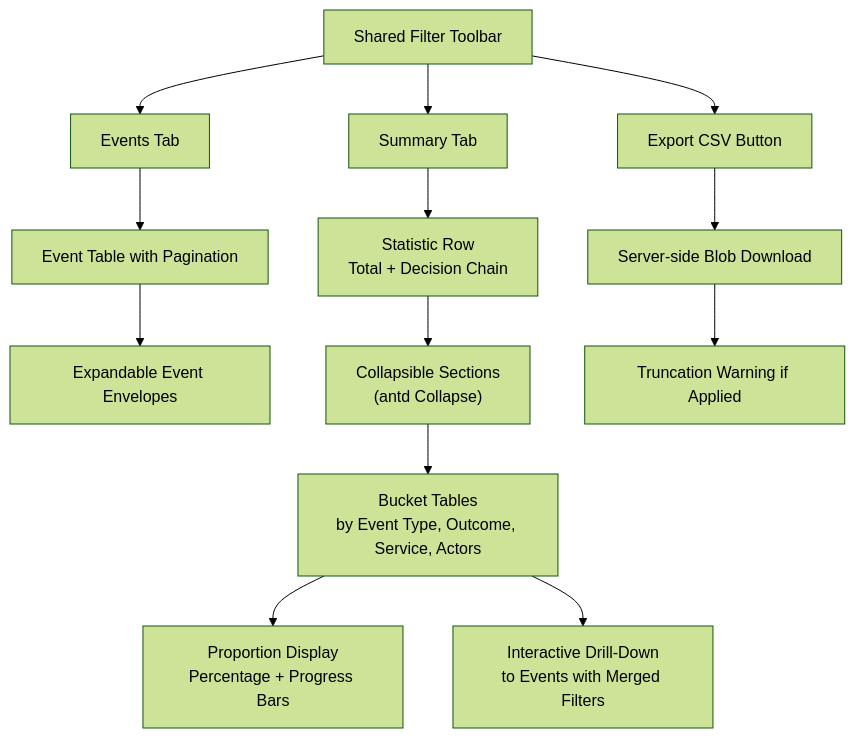
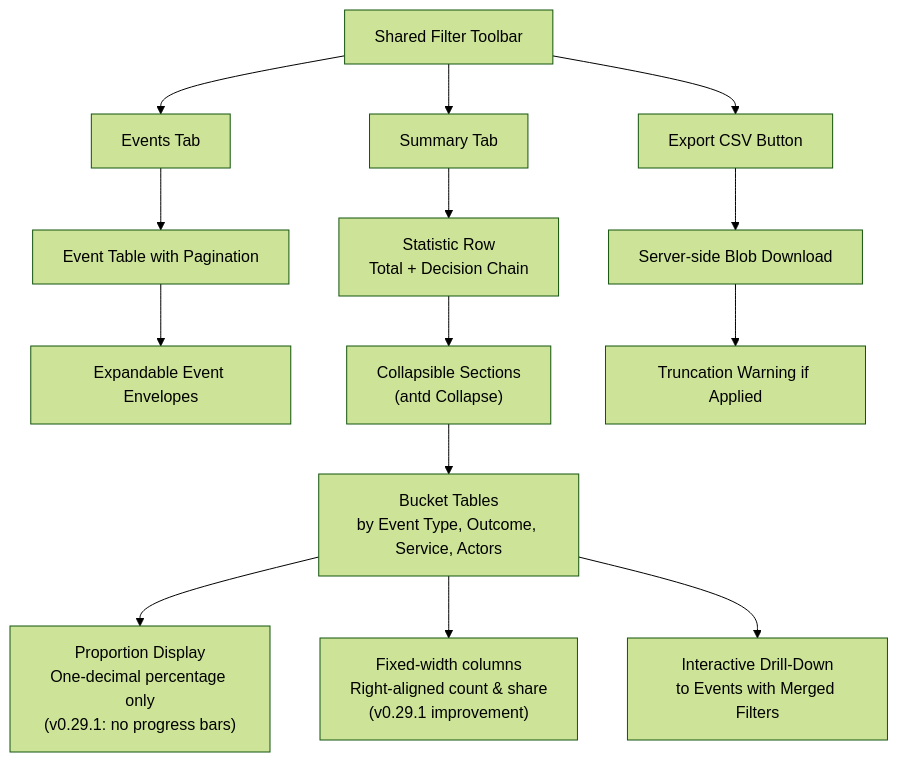
Before and after one commit to metasync/luban-aiops: the seventh of 10 diagrams in .qoder/repowiki/en/content/Operator Portal.md, drawn with Mermaid (forest theme). The commit also changed other lines of this file and 2 other files, not shown here.

````diff
--- a/.qoder/repowiki/en/content/Operator Portal.md
+++ b/.qoder/repowiki/en/content/Operator Portal.md
@@ -257,15 +256,16 @@
 ```mermaid
 flowchart TD
 FilterToolbar["Shared Filter Toolbar"] --> EventsTab["Events Tab"]
 FilterToolbar --> SummaryTab["Summary Tab"]
 FilterToolbar --> ExportBtn["Export CSV Button"]
 EventsTab --> EventTable["Event Table with Pagination"]
 EventTable --> ExpandableRows["Expandable Event Envelopes"]
 SummaryTab --> StatisticRow["Statistic Row<br/>Total + Decision Chain"]
 StatisticRow --> CollapsibleSections["Collapsible Sections<br/>(antd Collapse)"]
 CollapsibleSections --> BucketTables["Bucket Tables<br/>by Event Type, Outcome, Service, Actors"]
-BucketTables --> ProportionDisplay["Proportion Display<br/>Percentage + Progress Bars"]
+BucketTables --> ProportionDisplay["Proportion Display<br/>One-decimal percentage only<br/>(v0.29.1: no progress bars)"]
+BucketTables --> FixedWidthColumns["Fixed-width columns<br/>Right-aligned count & share<br/>(v0.29.1 improvement)"]
 BucketTables --> Drilldown["Interactive Drill-Down<br/>to Events with Merged Filters"]
 ExportBtn --> BlobDownload["Server-side Blob Download"]
 BlobDownload --> TruncationWarning["Truncation Warning if Applied"]
 ```
````
